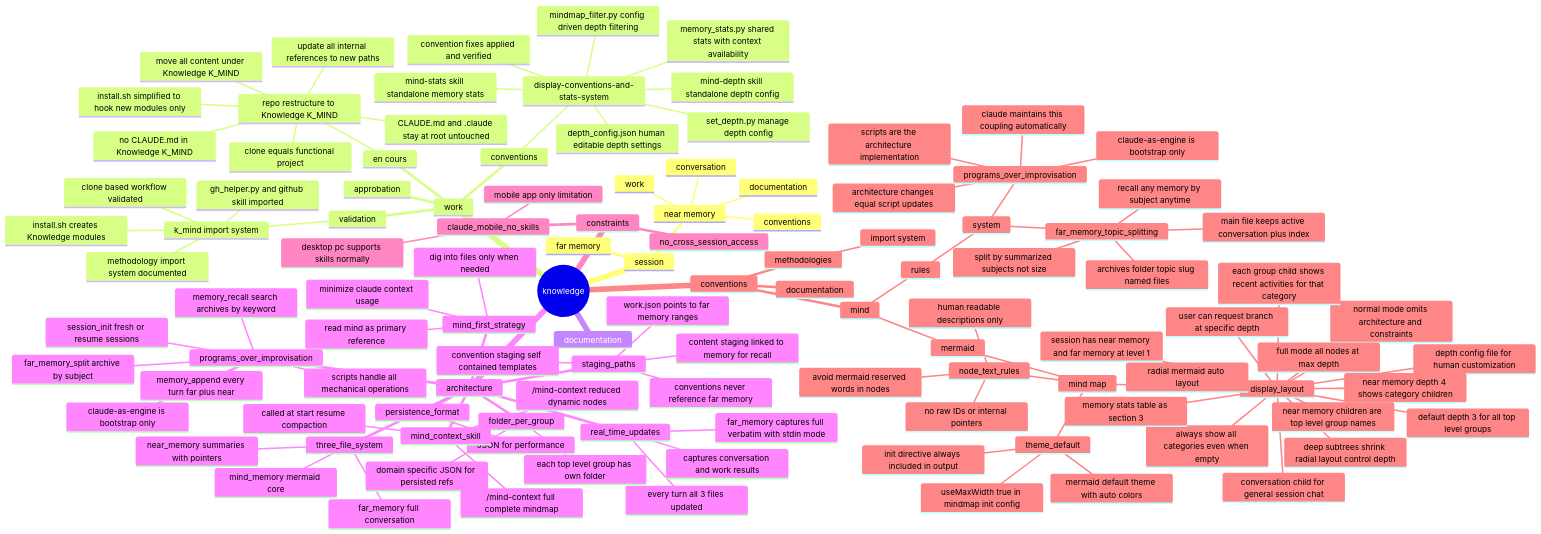
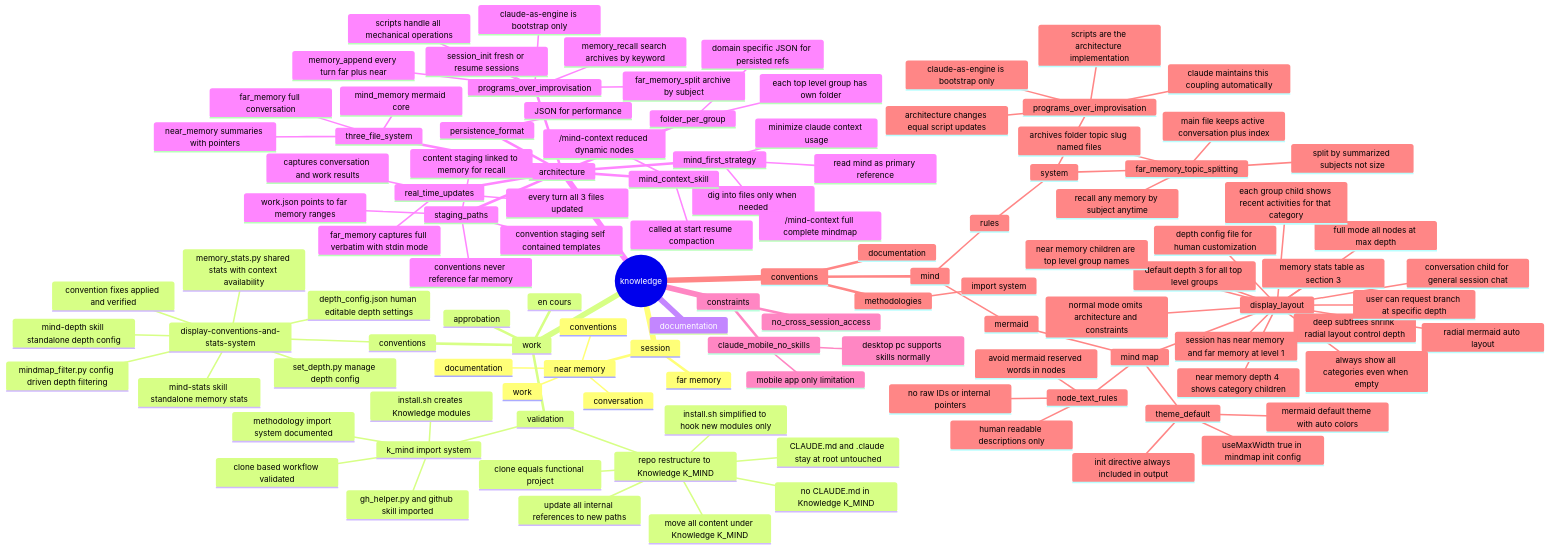
Before and after one commit to packetqc/K_DOCS: the diagram in Knowledge/K_MIND/mind/mind_memory.md, drawn with Mermaid. The commit also changed other lines of this file, not shown here.

First line of the commit message:
chore: move repo restructure to validation in mindmap

```diff
--- a/Knowledge/K_MIND/mind/mind_memory.md
+++ b/Knowledge/K_MIND/mind/mind_memory.md
@@ -11,6 +11,7 @@
       far memory
     work
       en cours
+      validation
         repo restructure to Knowledge K_MIND
           move all content under Knowledge K_MIND
           CLAUDE.md and .claude stay at root untouched
@@ -18,7 +19,6 @@
           update all internal references to new paths
           clone equals functional project
           install.sh simplified to hook new modules only
-      validation
         k_mind import system
           install.sh creates Knowledge modules
           gh_helper.py and github skill imported
```
